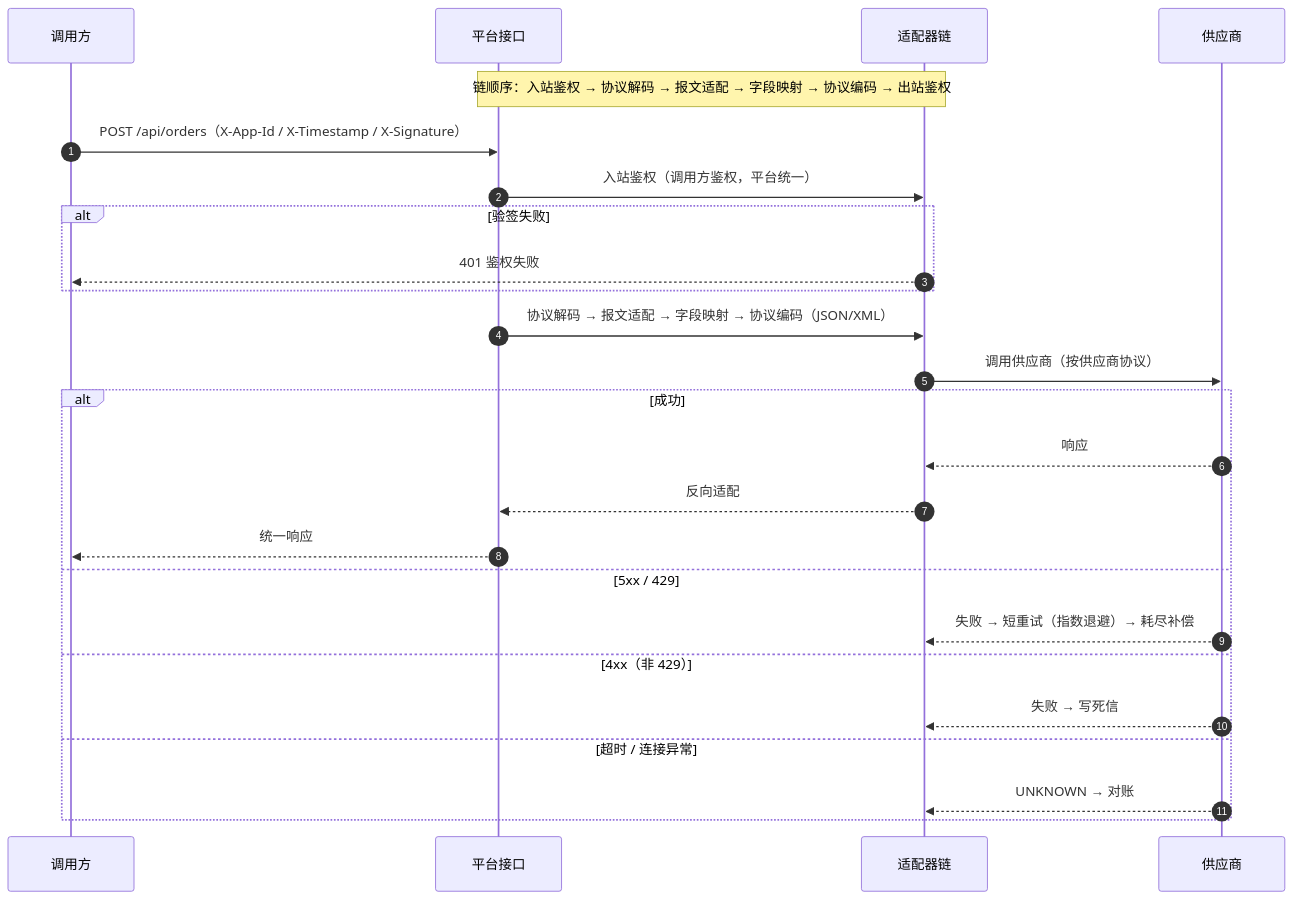
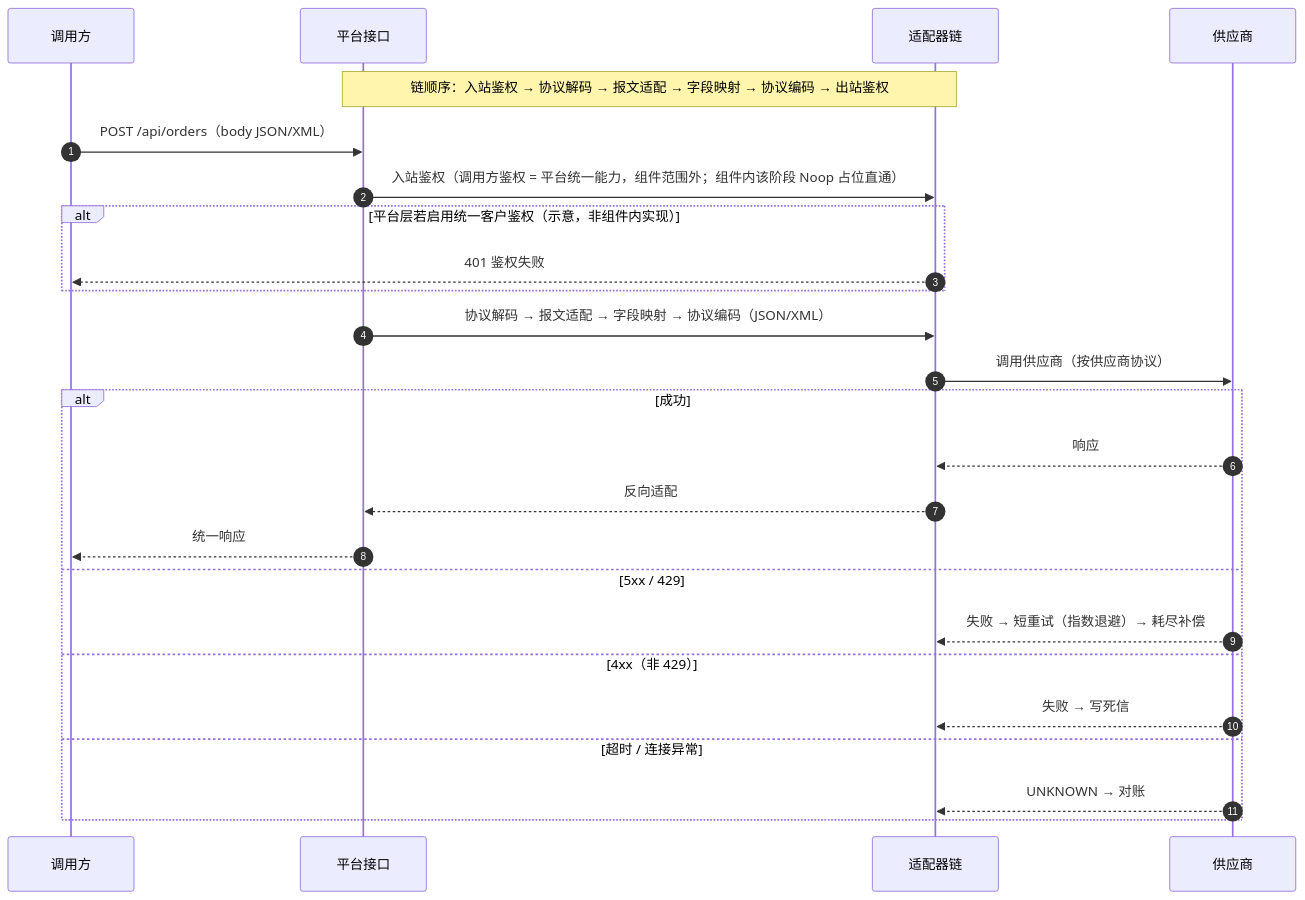
One commit to HelloWorldKing1/apicenter changed the second of 4 diagrams in src/main/resources/doc/API中心时序图与流程图.md. Above: the diagram before and after it, drawn with Mermaid. The commit also changed other lines of this file and 1 other file, not shown here.

Commit message:
docs(design): 设计方案与时序图按 M1-M5 实现校准
- §6.2 错误码表补 40103/40403/50202、40002 语义扩展；OPEN 熔断只转补偿不转死信
- §3.1 ack 字段名可配值固定（含无声明兜底与 XML 渲染）；§6.3 对账现状
  （人工+TTL 双来源）与 v1.1 自动查询排期
- §5.2/5.4/5.7 标注首期落地适配器清单、无状态全局单例、M5 绑定灰度矩阵
- 时序图：调用方鉴权改平台层示意、入站送达默认不加签名凭证（防外泄）、
  配置流程补凭证单独维护说明、流程图后加实现校准总注

````diff
--- a/src/main/resources/doc/API中心时序图与流程图.md
+++ b/src/main/resources/doc/API中心时序图与流程图.md
@@ -34,28 +35,28 @@
 ```mermaid
 sequenceDiagram
     autonumber
     participant 调用方 as 调用方
     participant GW as 平台接口
     participant 链 as 适配器链
     participant SP as 供应商
 
     Note over GW,链: 链顺序：入站鉴权 → 协议解码 → 报文适配 → 字段映射 → 协议编码 → 出站鉴权
-    调用方->>GW: POST /api/orders（X-App-Id / X-Timestamp / X-Signature）
-    GW->>链: 入站鉴权（调用方鉴权，平台统一）
-    alt 验签失败
+    调用方->>GW: POST /api/orders（body JSON/XML）
+    GW->>链: 入站鉴权（调用方鉴权 = 平台统一能力，组件范围外；组件内该阶段 Noop 占位直通）
+    alt 平台层若启用统一客户鉴权（示意，非组件内实现）
         链-->>调用方: 401 鉴权失败
     end
     GW->>链: 协议解码 → 报文适配 → 字段映射 → 协议编码（JSON/XML）
     链->>SP: 调用供应商（按供应商协议）
     alt 成功
         SP-->>链: 响应
         链-->>GW: 反向适配
         GW-->>调用方: 统一响应
     else 5xx / 429
         SP-->>链: 失败 → 短重试（指数退避）→ 耗尽补偿
     else 4xx（非 429）
         SP-->>链: 失败 → 写死信
     else 超时 / 连接异常
         SP-->>链: UNKNOWN → 对账
     end
 ```
````
